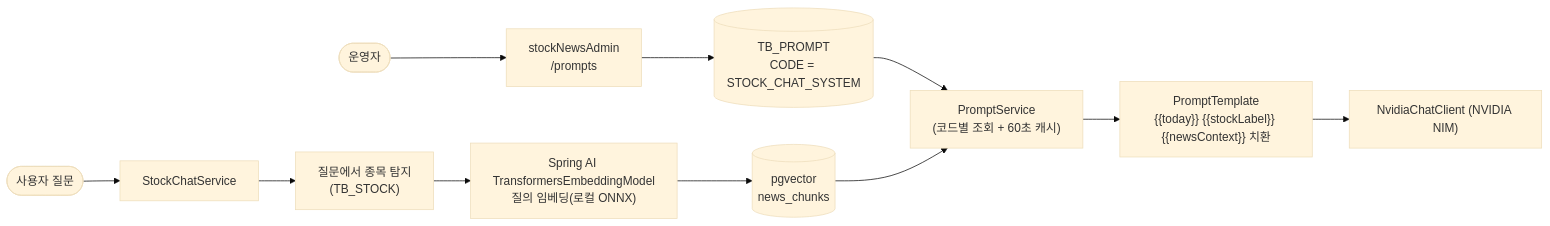
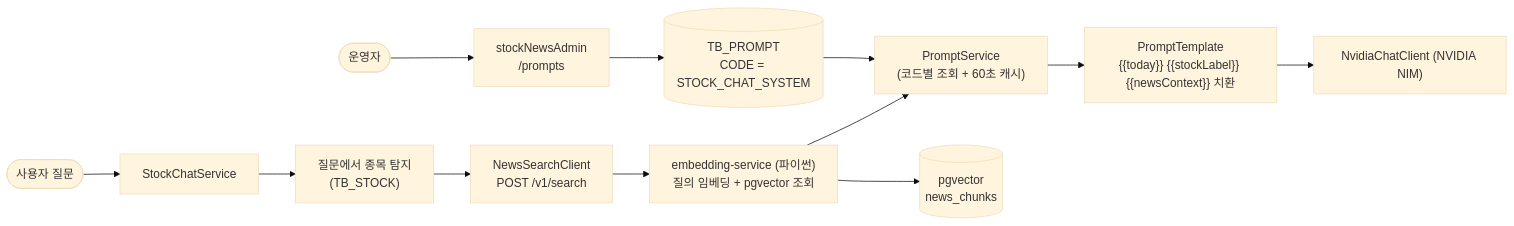
Before and after one commit to kimjiseung97/stockNews: the third of 3 diagrams in README.md, drawn with Mermaid (base theme). The commit also changed other lines of this file and 21 other files, not shown here.

First line of the commit message:
refactor: 챗봇 질의 임베딩과 벡터 검색을 파이썬 embedding-service로 이관

````diff
--- a/README.md
+++ b/README.md
@@ -72,13 +72,14 @@
 ```mermaid
 flowchart LR
     Admin(["운영자"]) --> AdminApp["stockNewsAdmin<br/>/prompts"]
     AdminApp --> PromptTable[("TB_PROMPT<br/>CODE = STOCK_CHAT_SYSTEM")]
     Question(["사용자 질문"]) --> ChatSvc["StockChatService"]
     PromptTable --> PromptSvc["PromptService<br/>(코드별 조회 + 60초 캐시)"]
     ChatSvc --> StockLookup["질문에서 종목 탐지<br/>(TB_STOCK)"]
-    StockLookup --> Embed["Spring AI TransformersEmbeddingModel<br/>질의 임베딩(로컬 ONNX)"]
-    Embed --> PgVector[("pgvector<br/>news_chunks")]
-    PgVector --> PromptSvc
+    StockLookup --> SearchSvc["NewsSearchClient<br/>POST /v1/search"]
+    SearchSvc --> EmbedSvc["embedding-service (파이썬)<br/>질의 임베딩 + pgvector 조회"]
+    EmbedSvc --> PgVector[("pgvector<br/>news_chunks")]
+    EmbedSvc --> PromptSvc
     PromptSvc --> Template["PromptTemplate<br/>{{today}} {{stockLabel}} {{newsContext}} 치환"]
     Template --> LLM["NvidiaChatClient (NVIDIA NIM)"]
 ```
````
